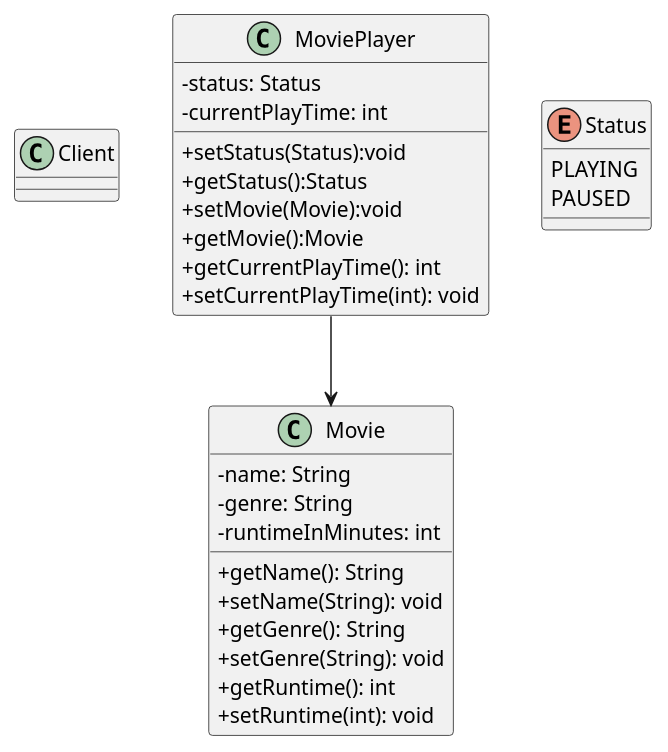
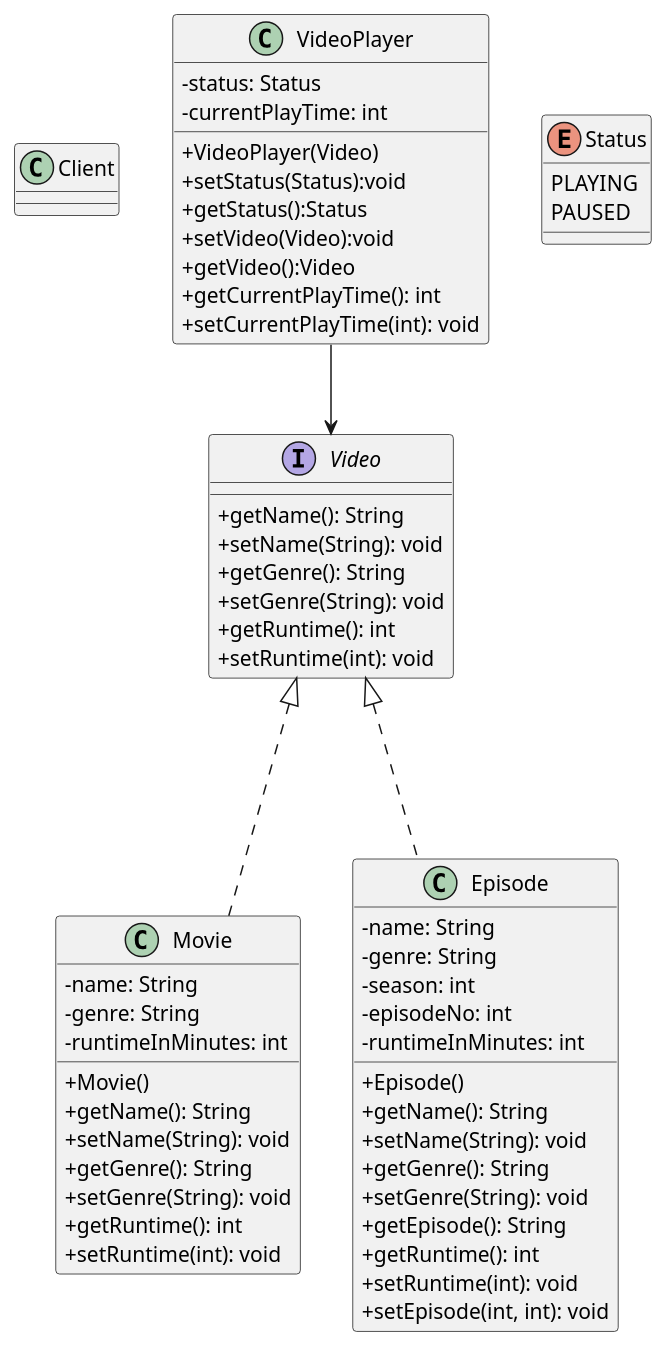
One commit to caitie80/SDPMemento changed the diagram in src/QuickFlix.puml. Above: the diagram before and after it, drawn with PlantUML. The commit also changed 6 other files, not shown here.

Commit message:
Added interface Video which is implemented by Movie and a new class called Episode. Refactored VideoPlayer to allow polymorphism with Video interface

```diff
--- a/src/QuickFlix.puml
+++ b/src/QuickFlix.puml
@@ -1,38 +1,71 @@
 @startuml
 skinparam classAttributeIconSize 0
 
 class Client
 
-class Movie {
--name: String
--genre: String
--runtimeInMinutes: int
 
+interface Video {
 +getName(): String
 +setName(String): void
 +getGenre(): String
 +setGenre(String): void
 +getRuntime(): int
 +setRuntime(int): void
 }
 
-class MoviePlayer {
+class Movie {
+-name: String
+-genre: String
+-runtimeInMinutes: int
+
++Movie()
++getName(): String
++setName(String): void
++getGenre(): String
++setGenre(String): void
++getRuntime(): int
++setRuntime(int): void
+}
+
+class Episode {
+-name: String
+-genre: String
+-season: int
+-episodeNo: int
+-runtimeInMinutes: int
+
++Episode()
++getName(): String
++setName(String): void
++getGenre(): String
++setGenre(String): void
++getEpisode(): String
++getRuntime(): int
++setRuntime(int): void
++setEpisode(int, int): void
+}
+
+class VideoPlayer {
 -status: Status
 -currentPlayTime: int
 
++VideoPlayer(Video)
 +setStatus(Status):void
 +getStatus():Status
-+setMovie(Movie):void
-+getMovie():Movie
++setVideo(Video):void
++getVideo():Video
 +getCurrentPlayTime(): int
 +setCurrentPlayTime(int): void
 }
 
 Enum Status{
 PLAYING
 PAUSED
 }
 
-MoviePlayer --> Movie
+Video <|... Movie
+Video <|... Episode
+
+VideoPlayer --> Video
 
 @enduml
```
